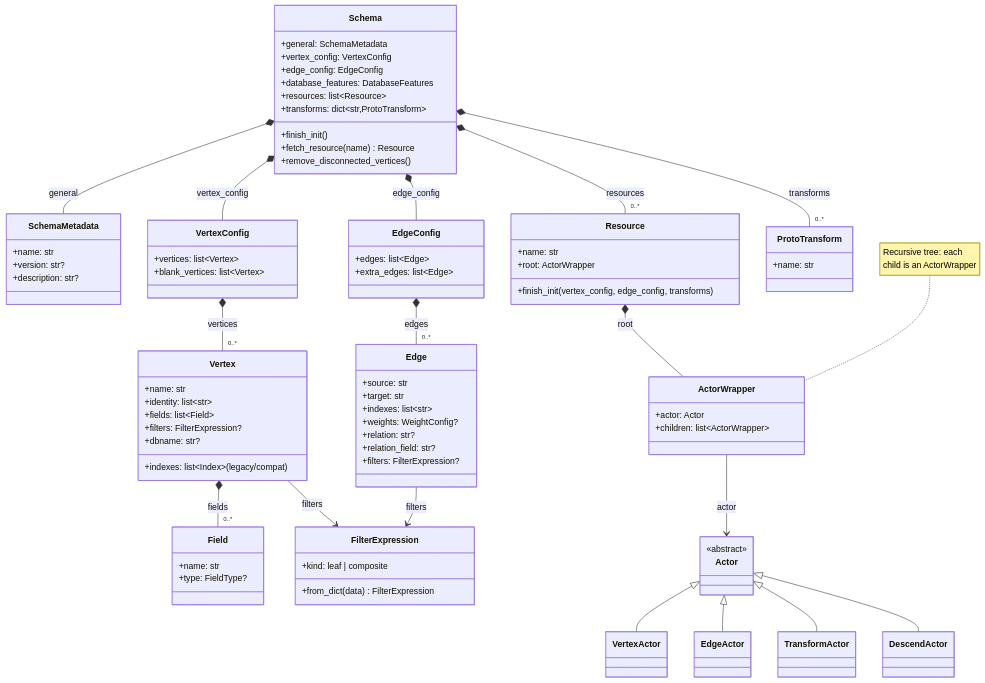
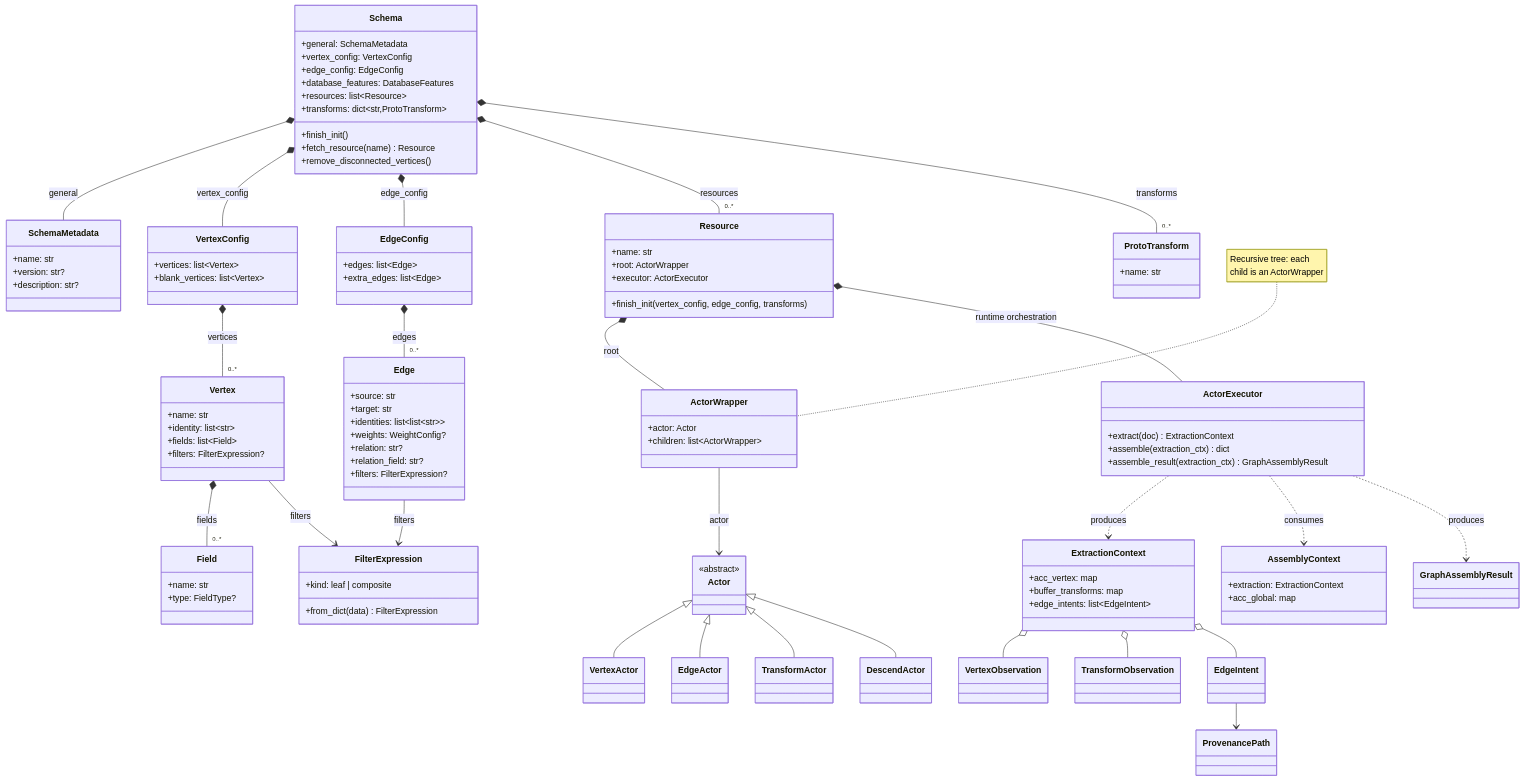
The fourth of 7 diagrams in docs/concepts/index.md (growgraph/graflo), drawn with Mermaid before and after one commit. The commit also changed other lines of this file and 91 other files, not shown here.

```diff
--- a/docs/concepts/index.md
+++ b/docs/concepts/index.md
@@ -191,10 +200,8 @@
     class Vertex {
         +name: str
         +identity: list~str~
-        +indexes: list~Index~ (legacy/compat)
         +fields: list~Field~
         +filters: FilterExpression?
-        +dbname: str?
     }
 
     class Field {
@@ -210,7 +217,7 @@
     class Edge {
         +source: str
         +target: str
-        +indexes: list~str~
+        +identities: list~list~str~~
         +weights: WeightConfig?
         +relation: str?
         +relation_field: str?
@@ -220,6 +227,7 @@
     class Resource {
         +name: str
         +root: ActorWrapper
+        +executor: ActorExecutor
         +finish_init(vertex_config, edge_config, transforms)
     }
 
@@ -228,6 +236,12 @@
         +children: list~ActorWrapper~
     }
     note for ActorWrapper "Recursive tree: each<br />child is an ActorWrapper"
+
+    class ActorExecutor {
+        +extract(doc) ExtractionContext
+        +assemble(extraction_ctx) dict
+        +assemble_result(extraction_ctx) GraphAssemblyResult
+    }
 
     class Actor {
         <<abstract>>
@@ -240,6 +254,23 @@
     class ProtoTransform {
         +name: str
     }
+
+    class ExtractionContext {
+        +acc_vertex: map
+        +buffer_transforms: map
+        +edge_intents: list~EdgeIntent~
+    }
+
+    class AssemblyContext {
+        +extraction: ExtractionContext
+        +acc_global: map
+    }
+
+    class VertexObservation
+    class TransformObservation
+    class EdgeIntent
+    class ProvenancePath
+    class GraphAssemblyResult
 
     class FilterExpression {
         +kind: leaf | composite
@@ -260,7 +291,15 @@
     Edge --> FilterExpression : filters
 
     Resource *-- ActorWrapper : root
+    Resource *-- ActorExecutor : runtime orchestration
     ActorWrapper --> Actor : actor
+    ActorExecutor ..> ExtractionContext : produces
+    ActorExecutor ..> AssemblyContext : consumes
+    ExtractionContext o-- VertexObservation
+    ExtractionContext o-- TransformObservation
+    ExtractionContext o-- EdgeIntent
+    EdgeIntent --> ProvenancePath
+    ActorExecutor ..> GraphAssemblyResult : produces
 
     Actor <|-- VertexActor
     Actor <|-- EdgeActor
```
